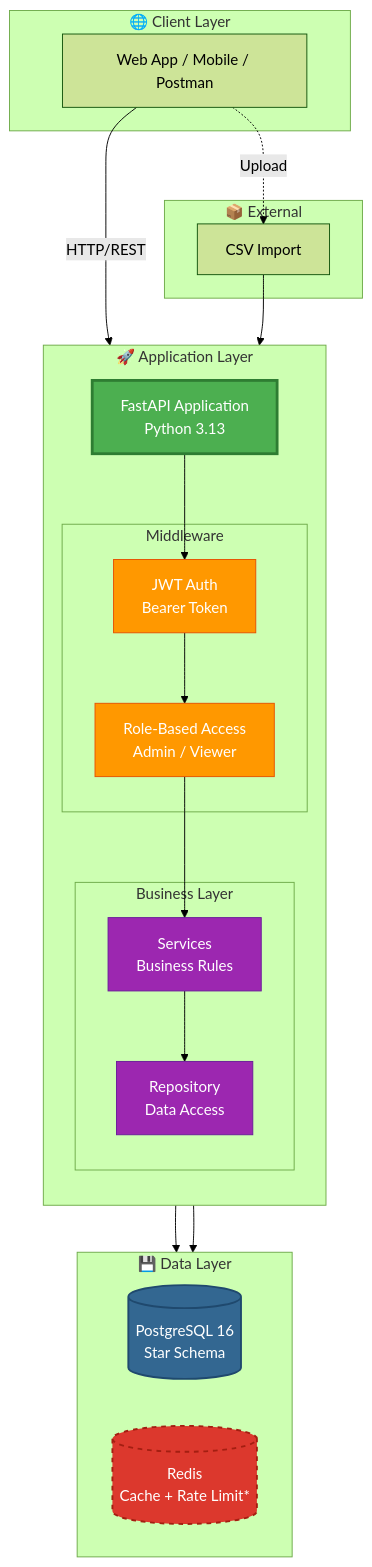
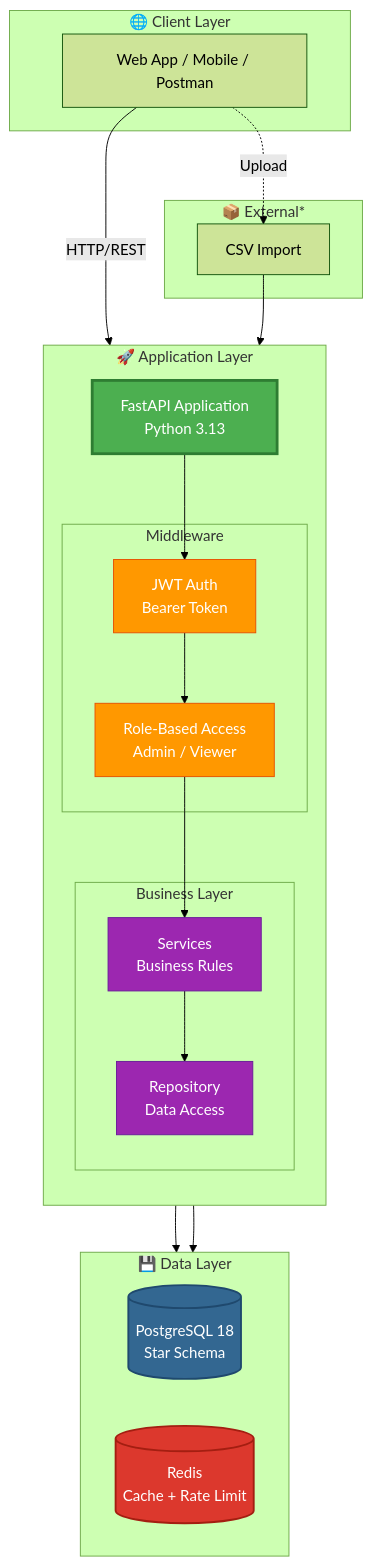
Before and after one commit to rafaelladuarte/booktrack-fastapi: the first of 3 diagrams in README.md, drawn with Mermaid (forest theme). The commit also changed other lines of this file, not shown here.

Commit message:
fix: update PostgreSQL version in README and refine caching documentation

````diff
--- a/README.md
+++ b/README.md
@@ -25,51 +25,51 @@
 ```mermaid
 graph TB
     subgraph "🌐 Client Layer"
         Client[Web App / Mobile / Postman]
     end
 
     subgraph "🚀 Application Layer"
         direction TB
         API[FastAPI Application<br/>Python 3.13]
         
         subgraph "Middleware"
             Auth[JWT Auth<br/>Bearer Token]
             RBAC[Role-Based Access<br/>Admin / Viewer]
         end
         
         subgraph "Business Layer"
             Service[Services<br/>Business Rules]
             Repo[Repository<br/>Data Access]
         end
     end
 
     subgraph "💾 Data Layer"
         direction LR
-        PostgreSQL[(PostgreSQL 16<br/>Star Schema)]
-        Redis[(Redis<br/>Cache + Rate Limit*)]
+        PostgreSQL[(PostgreSQL 18<br/>Star Schema)]
+        Redis[(Redis<br/>Cache + Rate Limit)]
     end
 
-    subgraph "📦 External"
+    subgraph "📦 External*"
         CSV[CSV Import]
     end
 
     %% Connections
     Client -->|HTTP/REST| API
     API --> Auth
     Auth --> RBAC
     RBAC --> Service
     Service --> Repo
     Repo --> PostgreSQL
     Service --> Redis
     Client -.->|Upload| CSV
     CSV --> Service
 
     %% Styles
     style API fill:#4CAF50,stroke:#2E7D32,stroke-width:3px,color:#fff
     style PostgreSQL fill:#336791,stroke:#1F496E,stroke-width:2px,color:#fff
-    style Redis fill:#DC382D,stroke:#A41E11,stroke-width:2px,color:#fff,stroke-dasharray: 5 5
+    style Redis fill:#DC382D,stroke:#A41E11,stroke-width:2px,color:#fff
     style Auth fill:#FF9800,stroke:#E65100,stroke-width:1px,color:#fff
     style RBAC fill:#FF9800,stroke:#E65100,stroke-width:1px,color:#fff
     style Service fill:#9C27B0,stroke:#6A1B9A,stroke-width:1px,color:#fff
     style Repo fill:#9C27B0,stroke:#6A1B9A,stroke-width:1px,color:#fff
 ```
````
